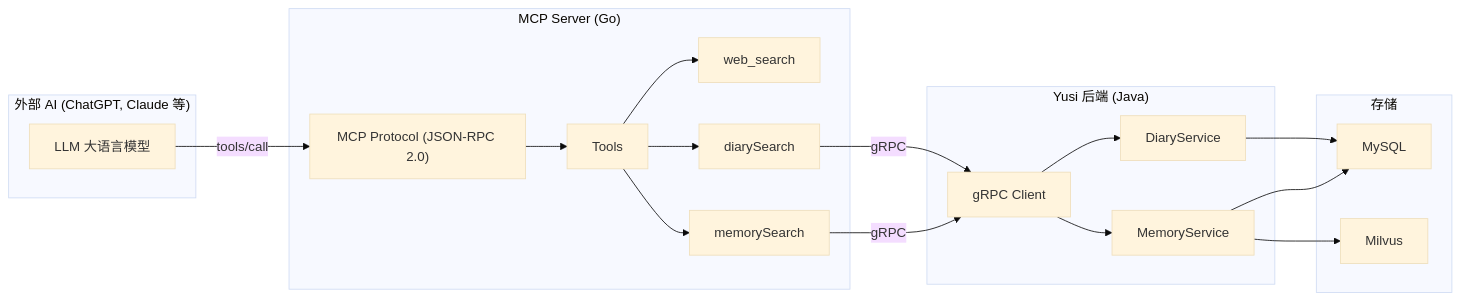
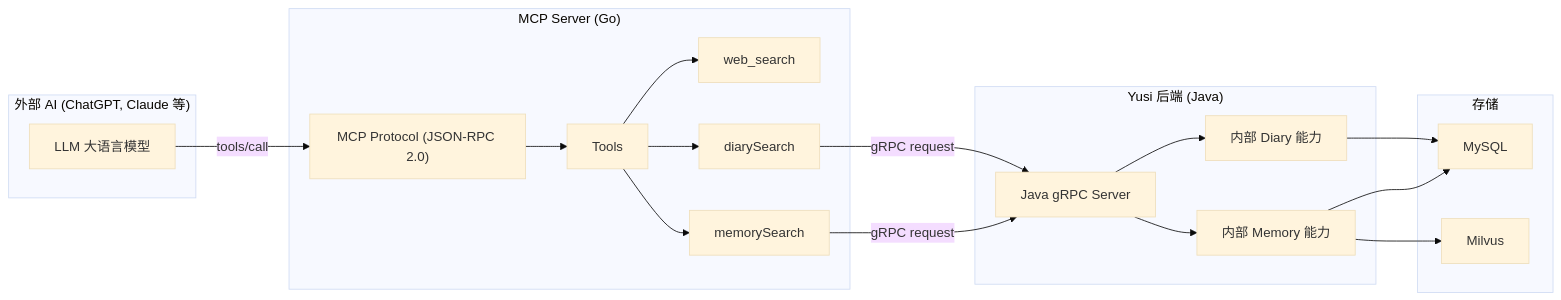
Before and after one commit to Aseubel/yusi: the second of 15 diagrams in docs/design/backend-design.md, drawn with Mermaid (base theme). The commit also changed other lines of this file and 41 other files, not shown here.

````diff
--- a/docs/design/backend-design.md
+++ b/docs/design/backend-design.md
@@ -83,38 +83,38 @@
 ```mermaid
 flowchart LR
     subgraph ExternalAI["外部 AI (ChatGPT, Claude 等)"]
         LLM["LLM 大语言模型"]
     end
 
     subgraph MCPServer["MCP Server (Go)"]
         Protocol["MCP Protocol (JSON-RPC 2.0)"]
         Tools["Tools"]
         Search["web_search"]
         DiarySearch["diarySearch"]
         MemorySearch["memorySearch"]
     end
 
     subgraph YusiBackend["Yusi 后端 (Java)"]
-        gRPC["gRPC Client"]
-        DiaryService["DiaryService"]
-        MemoryService["MemoryService"]
+        gRPC["Java gRPC Server"]
+        DiaryService["内部 Diary 能力"]
+        MemoryService["内部 Memory 能力"]
     end
 
     subgraph Storage["存储"]
         MySQL["MySQL"]
         Milvus["Milvus"]
     end
 
     LLM -->|tools/call| Protocol
     Protocol --> Tools
     Tools --> Search
     Tools --> DiarySearch
     Tools --> MemorySearch
-    DiarySearch -->|gRPC| gRPC
-    MemorySearch -->|gRPC| gRPC
+    DiarySearch -->|gRPC request| gRPC
+    MemorySearch -->|gRPC request| gRPC
     gRPC --> DiaryService
     gRPC --> MemoryService
     DiaryService --> MySQL
-    MemoryService --> Milvus
-    MemoryService --> MySQL
+MemoryService --> Milvus
+MemoryService --> MySQL
 ```
````
